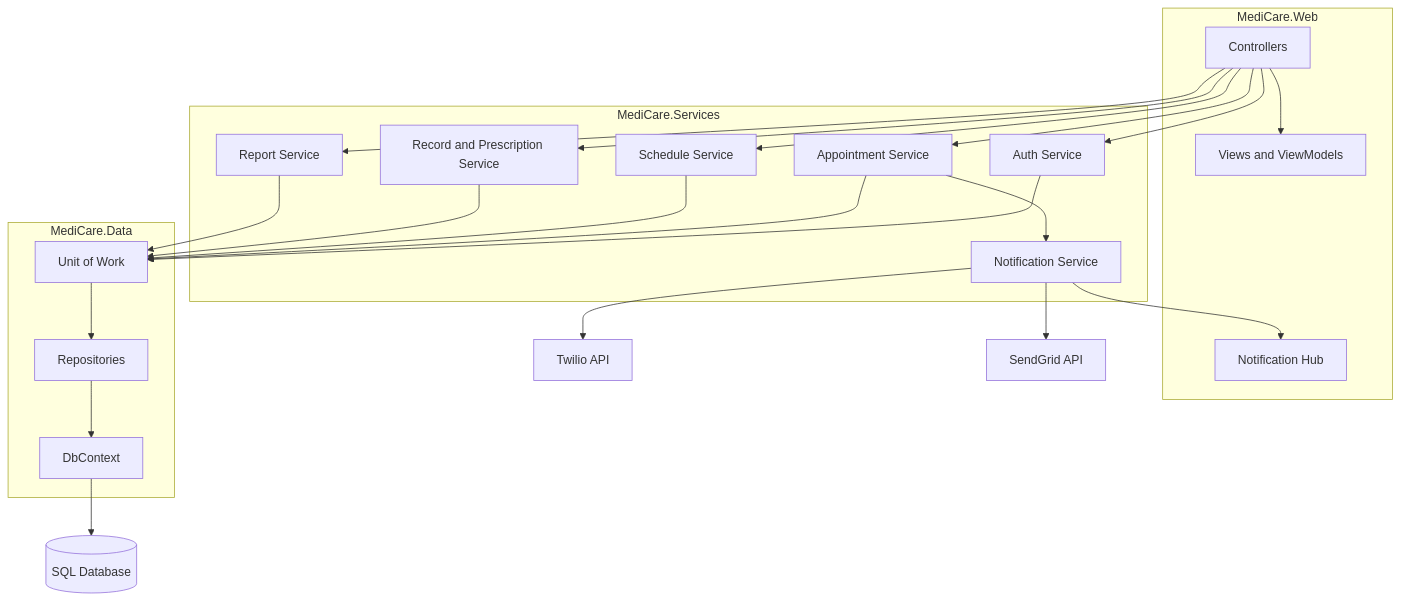
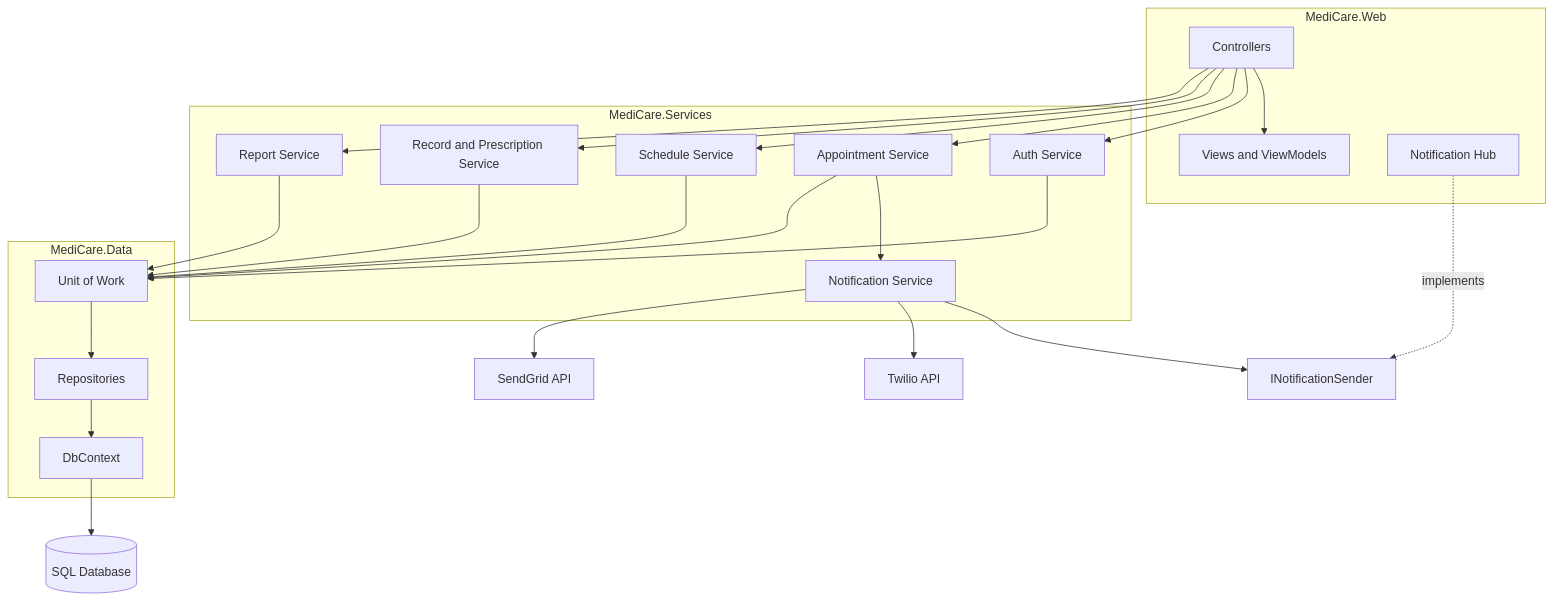
Diagram 17 of 18 in docs/4-System-Analysis-and-Design.md (amnaa27/medicare-clinic-management), drawn with Mermaid before and after one commit. The commit also changed other lines of this file and 12 other files, not shown here.

````diff
--- a/docs/4-System-Analysis-and-Design.md
+++ b/docs/4-System-Analysis-and-Design.md
@@ -728,39 +801,40 @@
 ```mermaid
 flowchart TB
     subgraph Web ["MediCare.Web"]
         Ctrl["Controllers"]
         Views["Views and ViewModels"]
         Hub["Notification Hub"]
     end
     subgraph Services ["MediCare.Services"]
         Auth["Auth Service"]
         Appt["Appointment Service"]
         Sched["Schedule Service"]
         Rec["Record and Prescription Service"]
         Notif["Notification Service"]
         Rep["Report Service"]
     end
     subgraph Data ["MediCare.Data"]
         Repos["Repositories"]
         UoW["Unit of Work"]
         Ctx["DbContext"]
     end
     Ctrl --> Views
     Ctrl --> Auth
     Ctrl --> Appt
     Ctrl --> Sched
     Ctrl --> Rec
     Ctrl --> Rep
     Appt --> Notif
-    Notif --> Hub
+    Notif --> INotif["INotificationSender"]
+    Hub -.->|implements| INotif
     Auth --> UoW
     Appt --> UoW
     Sched --> UoW
     Rec --> UoW
     Rep --> UoW
     UoW --> Repos
     Repos --> Ctx
     Notif --> Twilio["Twilio API"]
     Notif --> SendGrid["SendGrid API"]
     Ctx --> SQL[("SQL Database")]
 ```
````
